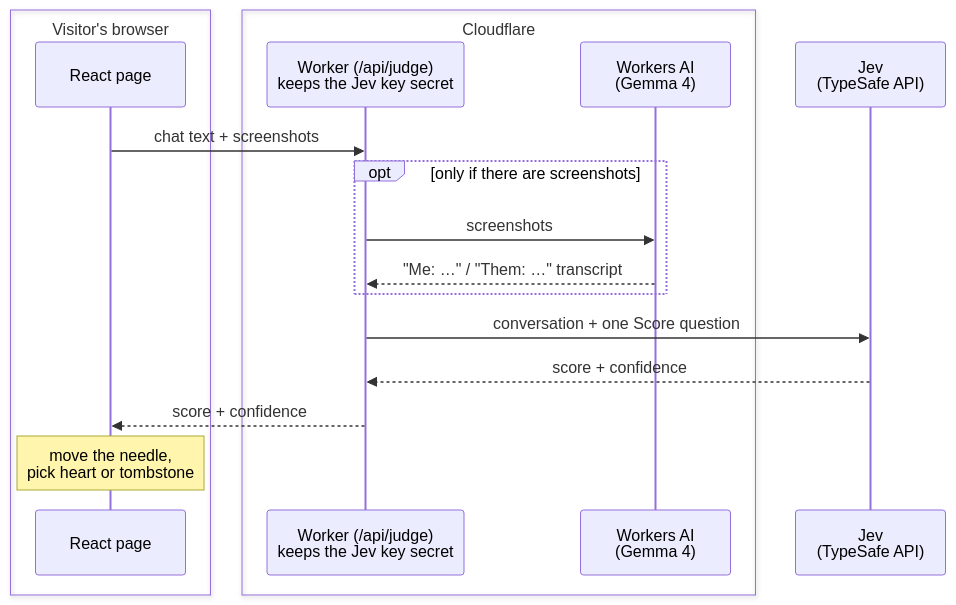
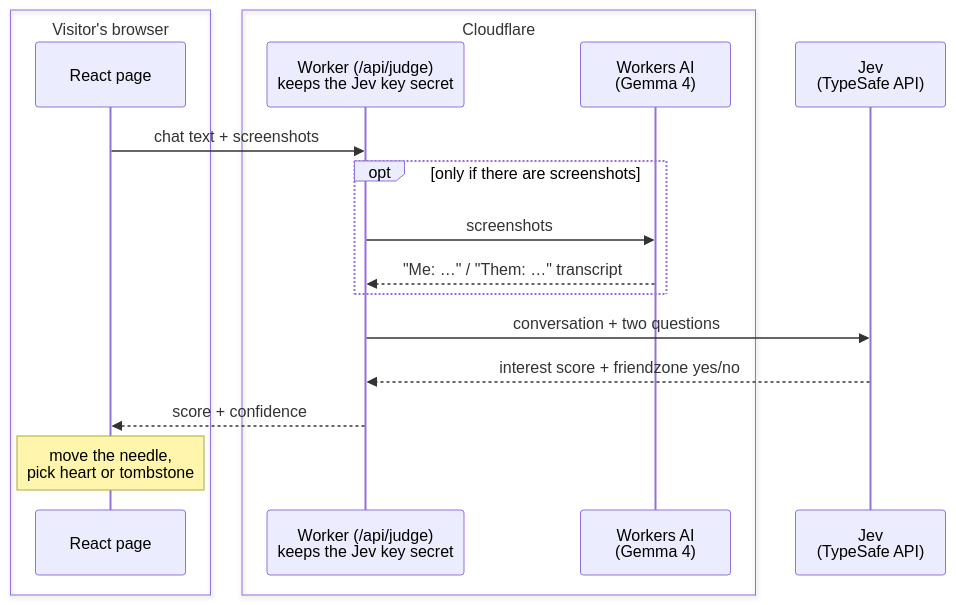
Before and after one commit to vincenth19/are-they-into-you: the diagram in README.md, drawn with Mermaid. The commit also changed other lines of this file and 8 other files, not shown here.

````diff
--- a/README.md
+++ b/README.md
@@ -28,21 +31,21 @@
 ```mermaid
 sequenceDiagram
   box Visitor's browser
     participant Page as React page
   end
   box Cloudflare
     participant Worker as Worker (/api/judge)<br/>keeps the Jev key secret
     participant Gemma as Workers AI<br/>(Gemma 4)
   end
   participant Jev as Jev<br/>(TypeSafe API)
 
   Page->>Worker: chat text + screenshots
   opt only if there are screenshots
     Worker->>Gemma: screenshots
     Gemma-->>Worker: "Me: …" / "Them: …" transcript
   end
-  Worker->>Jev: conversation + one Score question
-  Jev-->>Worker: score + confidence
+  Worker->>Jev: conversation + two questions
+  Jev-->>Worker: interest score + friendzone yes/no
   Worker-->>Page: score + confidence
   Note over Page: move the needle,<br/>pick heart or tombstone
 ```
````
